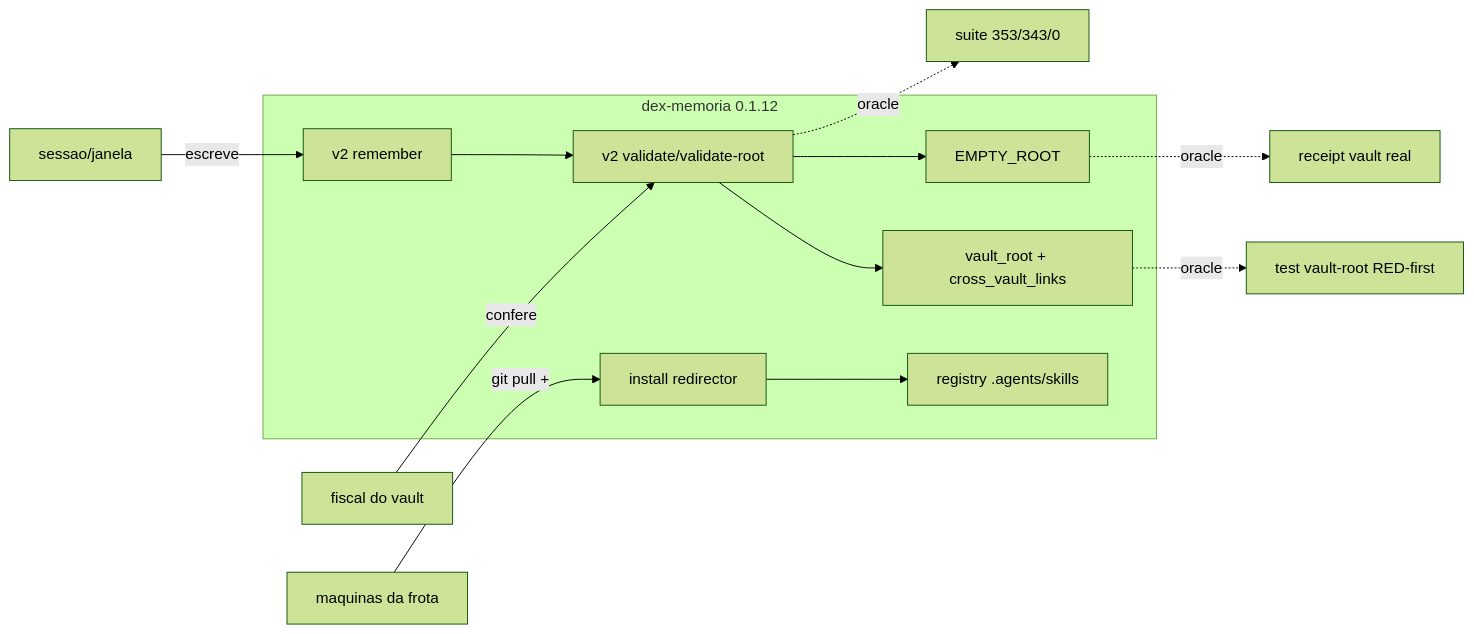
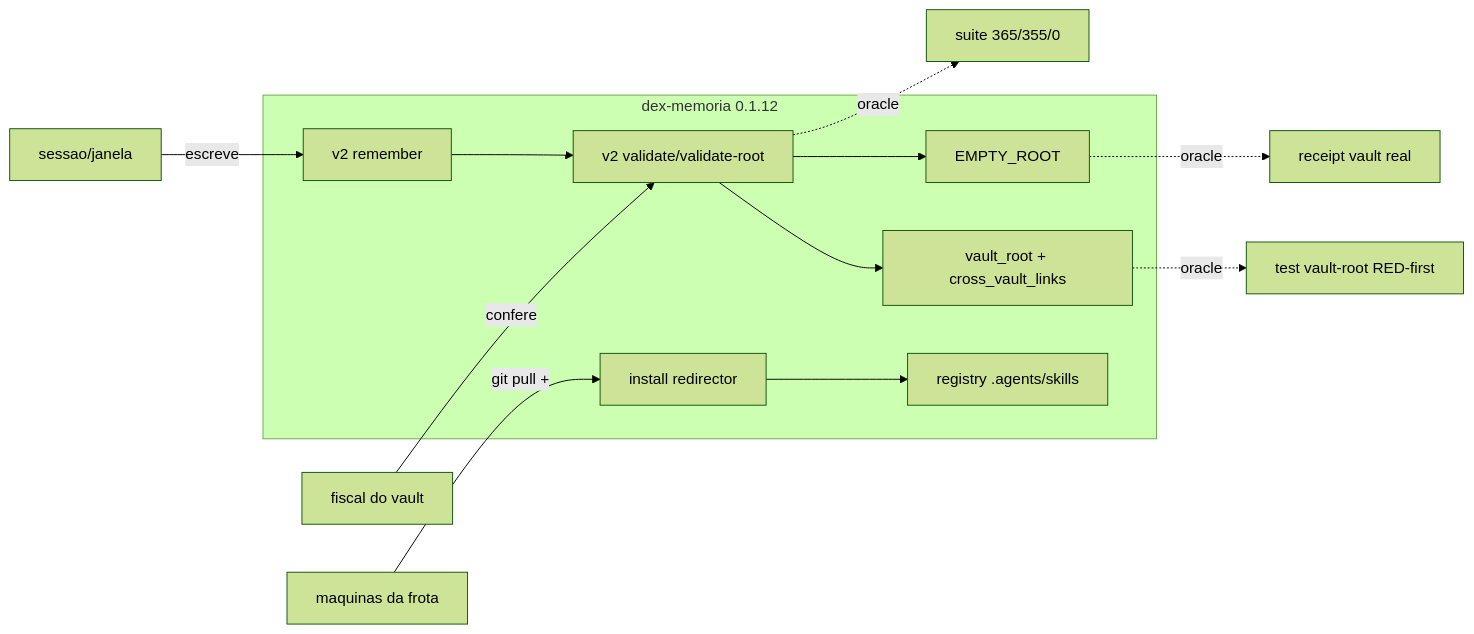
Before and after one commit to dex-agent/dex-memoria: the diagram in CAPACITY.md, drawn with Mermaid (forest theme). The commit also changed other lines of this file and 12 other files, not shown here.

````diff
--- a/CAPACITY.md
+++ b/CAPACITY.md
@@ -34,15 +35,15 @@
 ```mermaid
 flowchart LR
   subgraph pacote[dex-memoria 0.1.12]
     REM[v2 remember] --> VAL[v2 validate/validate-root]
     VAL --> VR[vault_root + cross_vault_links]
     VAL --> ER[EMPTY_ROOT]
     INS[install redirector] --> REG[registry .agents/skills]
   end
   SESS[sessao/janela] -->|escreve| REM
   FISC[fiscal do vault] -->|confere| VAL
   FROTA[maquinas da frota] -->|git pull +| INS
-  VAL -.->|oracle| TEST[suite 353/343/0]
+  VAL -.->|oracle| TEST[suite 365/355/0]
   VR -.->|oracle| VRT[test vault-root RED-first]
   ER -.->|oracle| REAL[receipt vault real]
 ```
````
